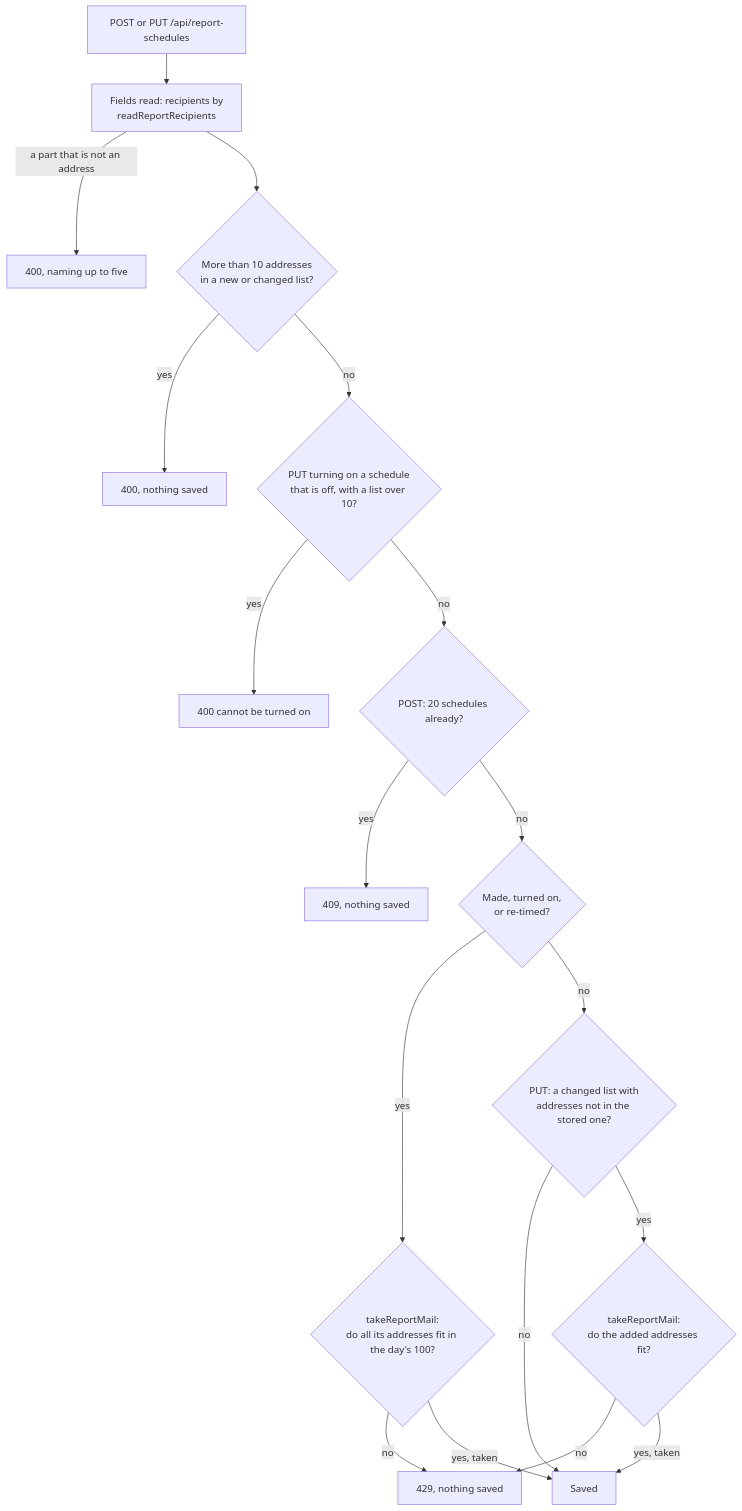
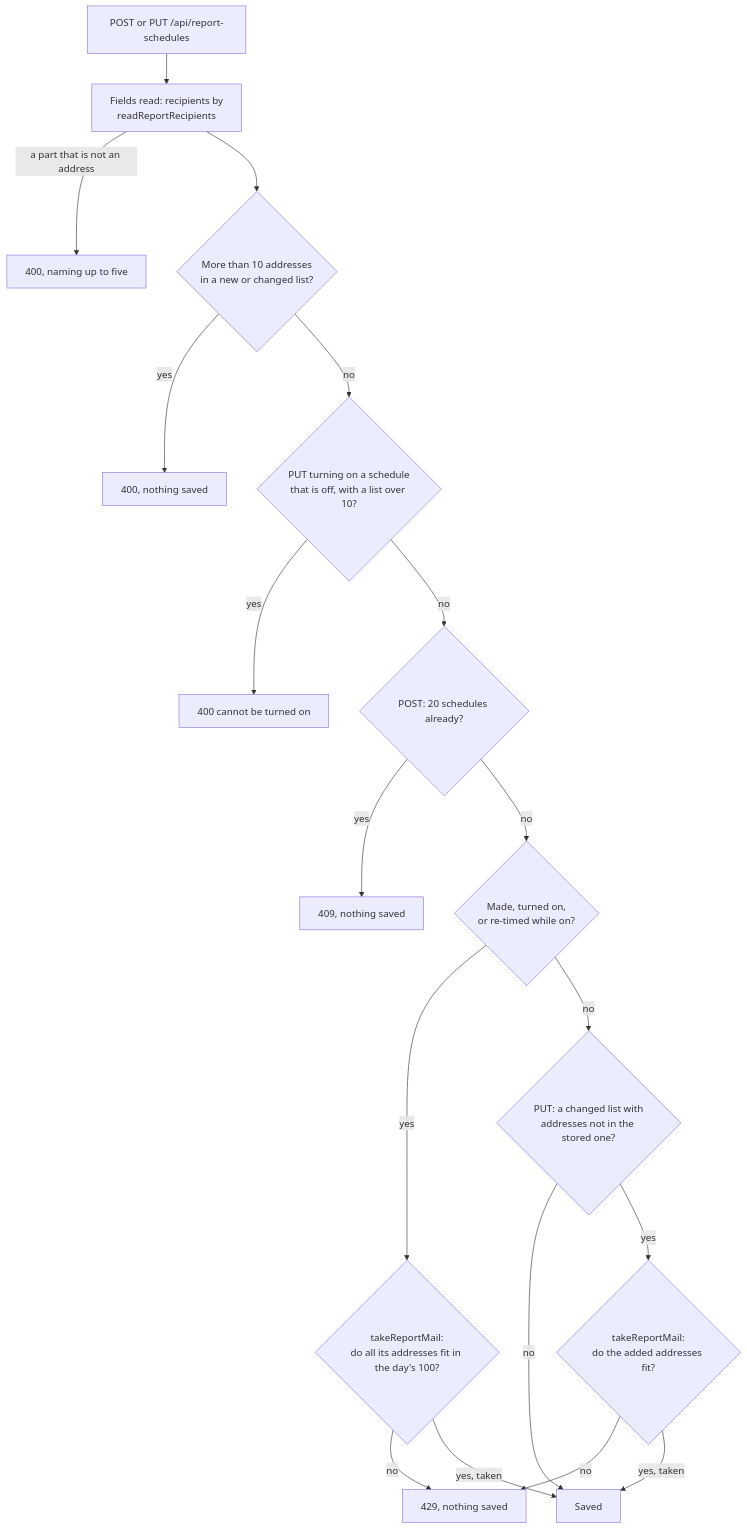
Before and after one commit to gitBoon/DumpFire: diagram 14 of 20 in docs/notifications-email.md, drawn with Mermaid. The commit also changed other lines of this file and 24 other files, not shown here.

````diff
--- a/docs/notifications-email.md
+++ b/docs/notifications-email.md
@@ -938,20 +941,20 @@
 ```mermaid
 flowchart TD
     Write["POST or PUT /api/report-schedules"] --> Fields["Fields read: recipients by<br/>readReportRecipients"]
     Fields -->|"a part that is not an address"| NotAddr["400, naming up to five"]
     Fields --> Cap{"More than 10 addresses<br/>in a new or changed list?"}
     Cap -->|"yes"| Cap400["400, nothing saved"]
     Cap -->|"no"| On{"PUT turning on a schedule<br/>that is off, with a list over 10?"}
     On -->|"yes"| On400["400 cannot be turned on"]
     On -->|"no"| Count{"POST: 20 schedules already?"}
     Count -->|"yes"| Full["409, nothing saved"]
-    Count -->|"no"| Pays{"Made, turned on,<br/>or re-timed?"}
+    Count -->|"no"| Pays{"Made, turned on,<br/>or re-timed while on?"}
     Pays -->|"yes"| Take{"takeReportMail:<br/>do all its addresses fit in the day's 100?"}
     Pays -->|"no"| Added{"PUT: a changed list with<br/>addresses not in the stored one?"}
     Added -->|"no"| Save["Saved"]
     Added -->|"yes"| TakeNew{"takeReportMail:<br/>do the added addresses fit?"}
     Take -->|"no"| R429["429, nothing saved"]
     TakeNew -->|"no"| R429
     Take -->|"yes, taken"| Save
     TakeNew -->|"yes, taken"| Save
 ```
````
